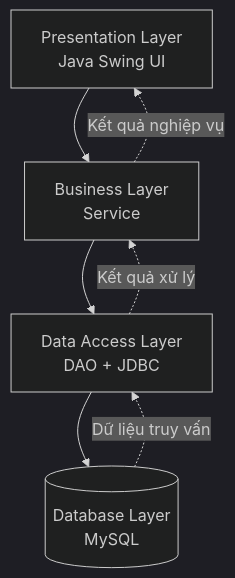
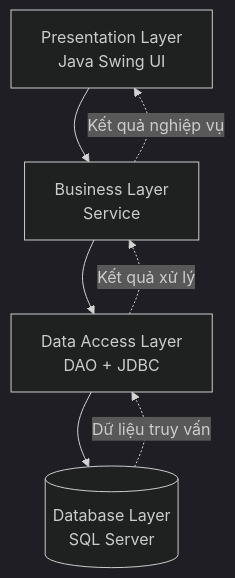
The diagram in README.md (thaieaut-engineer/CN_Java), drawn with Mermaid (dark theme) before and after one commit. The commit also changed other lines of this file and 16 other files, not shown here.

````diff
--- a/README.md
+++ b/README.md
@@ -88,14 +88,14 @@
 ```mermaid
 flowchart TD
     A["Presentation Layer<br/>Java Swing UI"]
     B["Business Layer<br/>Service"]
     C["Data Access Layer<br/>DAO + JDBC"]
-    D[("Database Layer<br/>MySQL")]
+    D[("Database Layer<br/>SQL Server")]
 
     A --> B
     B --> C
     C --> D
     D -. "Dữ liệu truy vấn" .-> C
     C -. "Kết quả xử lý" .-> B
     B -. "Kết quả nghiệp vụ" .-> A
 ```
````
